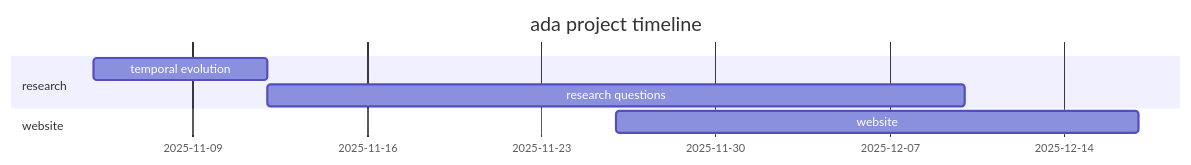
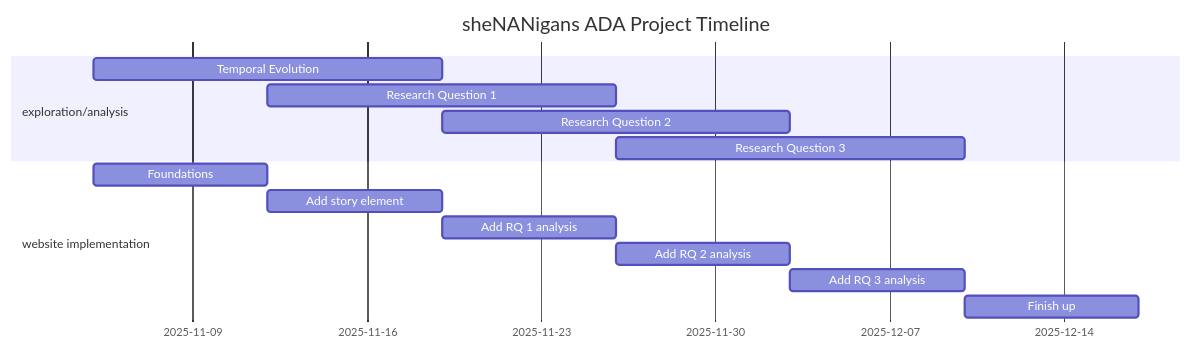
The diagram in README.md (epfl-ada/ada-2025-project-shenanigans), drawn with Mermaid before and after one commit.

````diff
--- a/README.md
+++ b/README.md
@@ -118,10 +118,18 @@
 ```mermaid
 gantt
-    title ada project timeline
+    title sheNANigans ADA Project Timeline
     dateFormat YYYY-MM-DD
-    section research
-        temporal evolution :a1, 2025-11-5, 7d
-        research questions :after a1, 2025-12-10
-    section website
-        website            :2025-11-26, 2025-12-17
+    tickInterval 1week
+    section exploration/analysis
+        Temporal Evolution : 2025-11-5, 14d
+        Research Question 1 : 2025-11-12, 14d
+        Research Question 2 : 2025-11-19, 14d
+        Research Question 3 : 2025-11-26, 14d
+    section website implementation
+        Foundations        : 2025-11-5, 7d
+        Add story element  : 2025-11-12, 7d
+        Add RQ 1 analysis  : 2025-11-19, 7d
+        Add RQ 2 analysis  : 2025-11-26, 7d
+        Add RQ 3 analysis  : 2025-12-3, 7d
+        Finish up          : 2025-12-10, 2025-12-17
 ```
````
